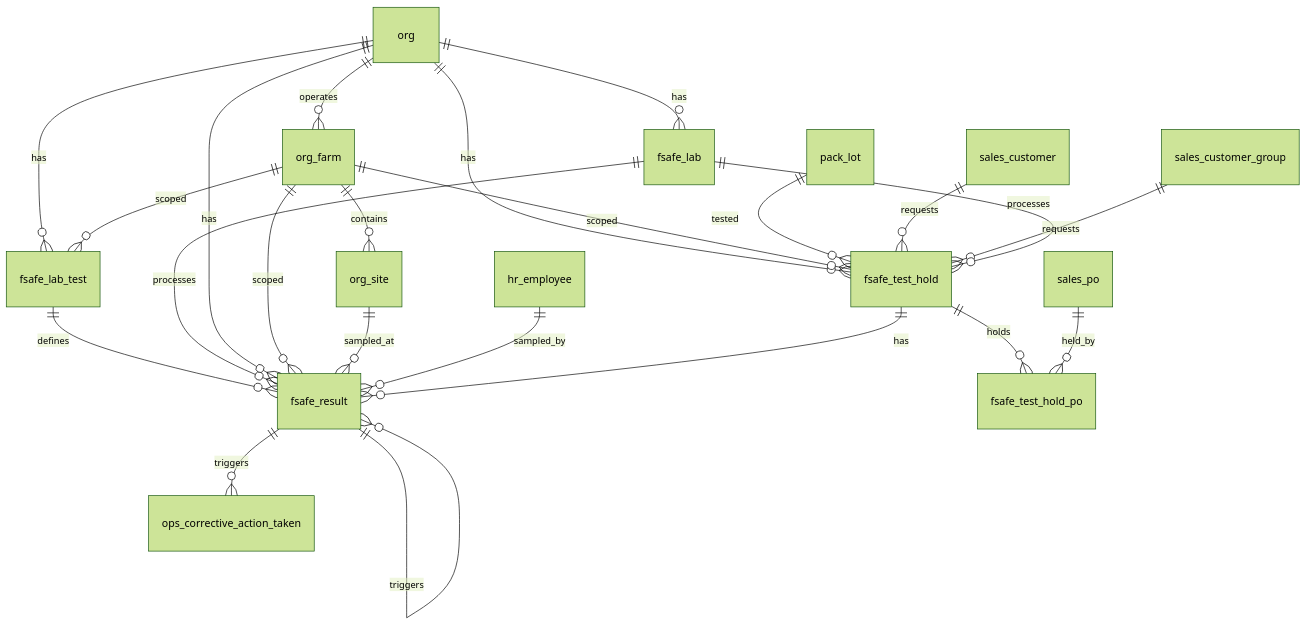
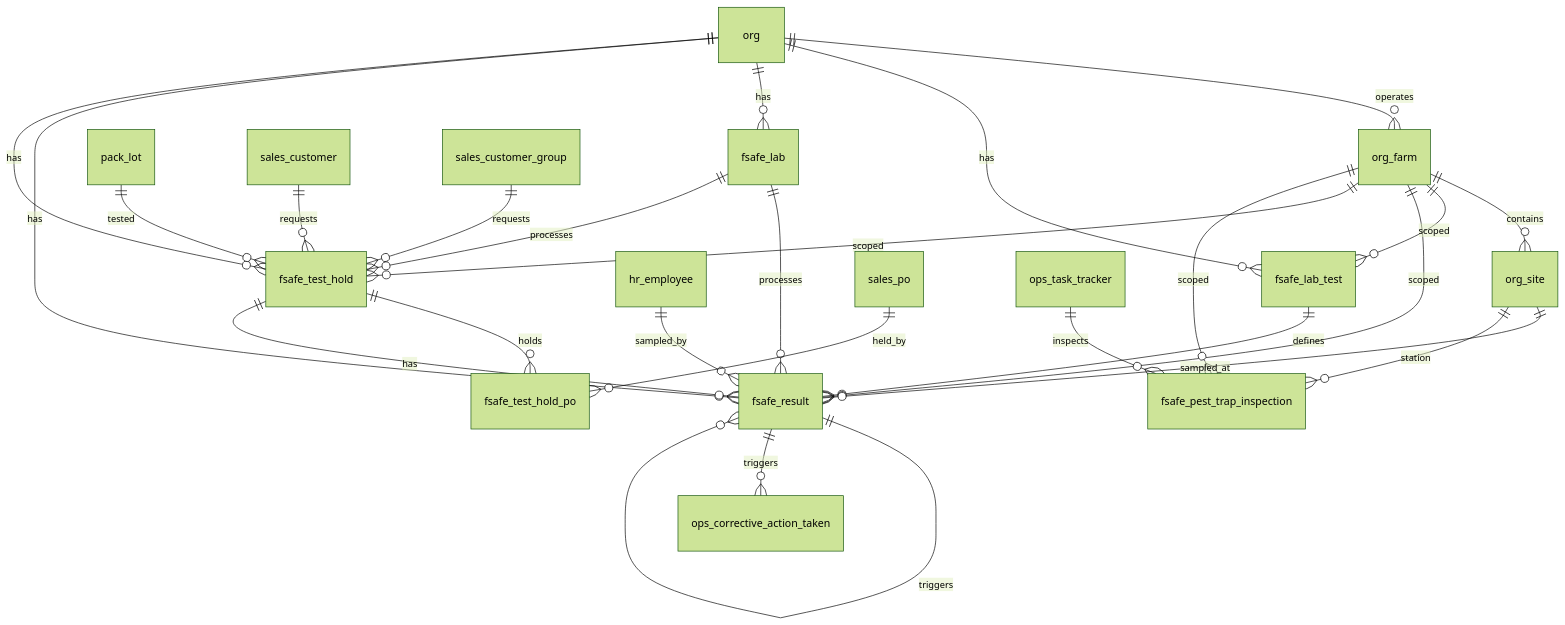
One commit to Hawaii-Farming/aloha-app changed the diagram in docs/schemas/20260326_10_fsafe.md. Above: the diagram before and after it, drawn with Mermaid (forest theme). The commit also changed other lines of this file and 21 other files, not shown here.

````diff
--- a/docs/schemas/20260326_10_fsafe.md
+++ b/docs/schemas/20260326_10_fsafe.md
@@ -9,25 +9,28 @@
 ```mermaid
 erDiagram
     org ||--o{ org_farm : operates
     org_farm ||--o{ org_site : contains
     org ||--o{ fsafe_lab_test : has
     org_farm ||--o{ fsafe_lab_test : scoped
     org ||--o{ fsafe_lab : has
     fsafe_lab_test ||--o{ fsafe_result : defines
     fsafe_lab ||--o{ fsafe_result : processes
     org ||--o{ fsafe_result : has
     org_farm ||--o{ fsafe_result : scoped
     org_site ||--o{ fsafe_result : sampled_at
     hr_employee ||--o{ fsafe_result : sampled_by
     fsafe_result ||--o{ fsafe_result : triggers
     fsafe_result ||--o{ ops_corrective_action_taken : triggers
     org ||--o{ fsafe_test_hold : has
     org_farm ||--o{ fsafe_test_hold : scoped
     pack_lot ||--o{ fsafe_test_hold : tested
     sales_customer ||--o{ fsafe_test_hold : requests
     sales_customer_group ||--o{ fsafe_test_hold : requests
     fsafe_lab ||--o{ fsafe_test_hold : processes
     fsafe_test_hold ||--o{ fsafe_test_hold_po : holds
     sales_po ||--o{ fsafe_test_hold_po : held_by
     fsafe_test_hold ||--o{ fsafe_result : has
+    ops_task_tracker ||--o{ fsafe_pest_trap_inspection : inspects
+    org_site ||--o{ fsafe_pest_trap_inspection : station
+    org_farm ||--o{ fsafe_pest_trap_inspection : scoped
 ```
````
